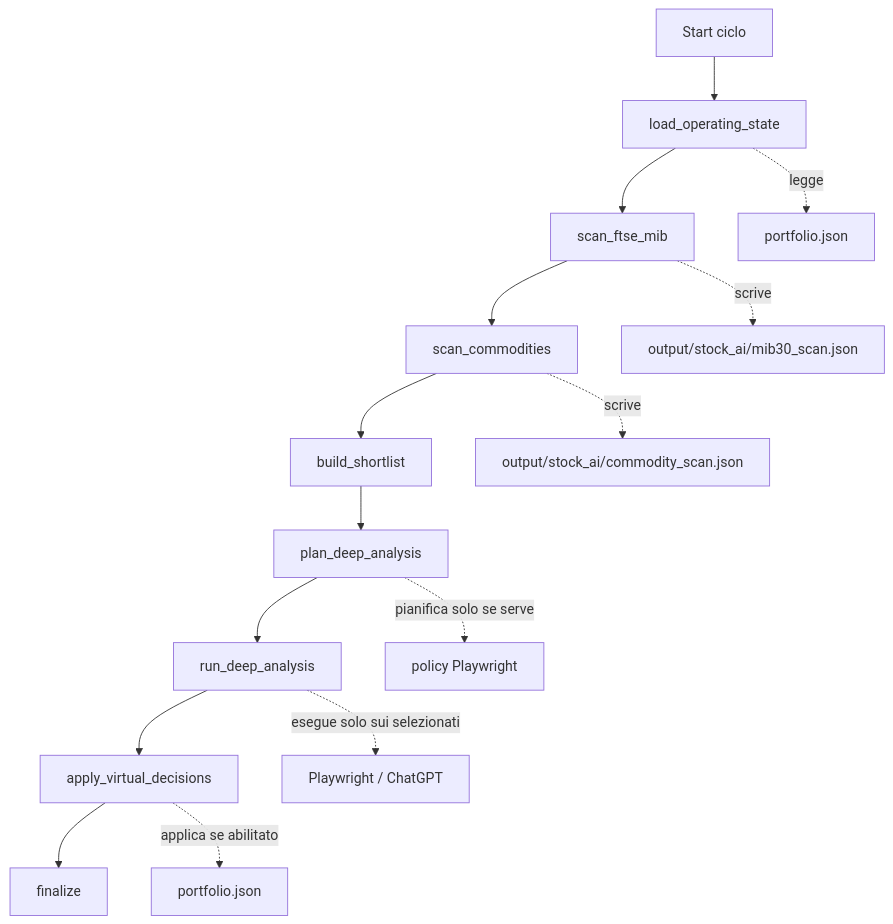
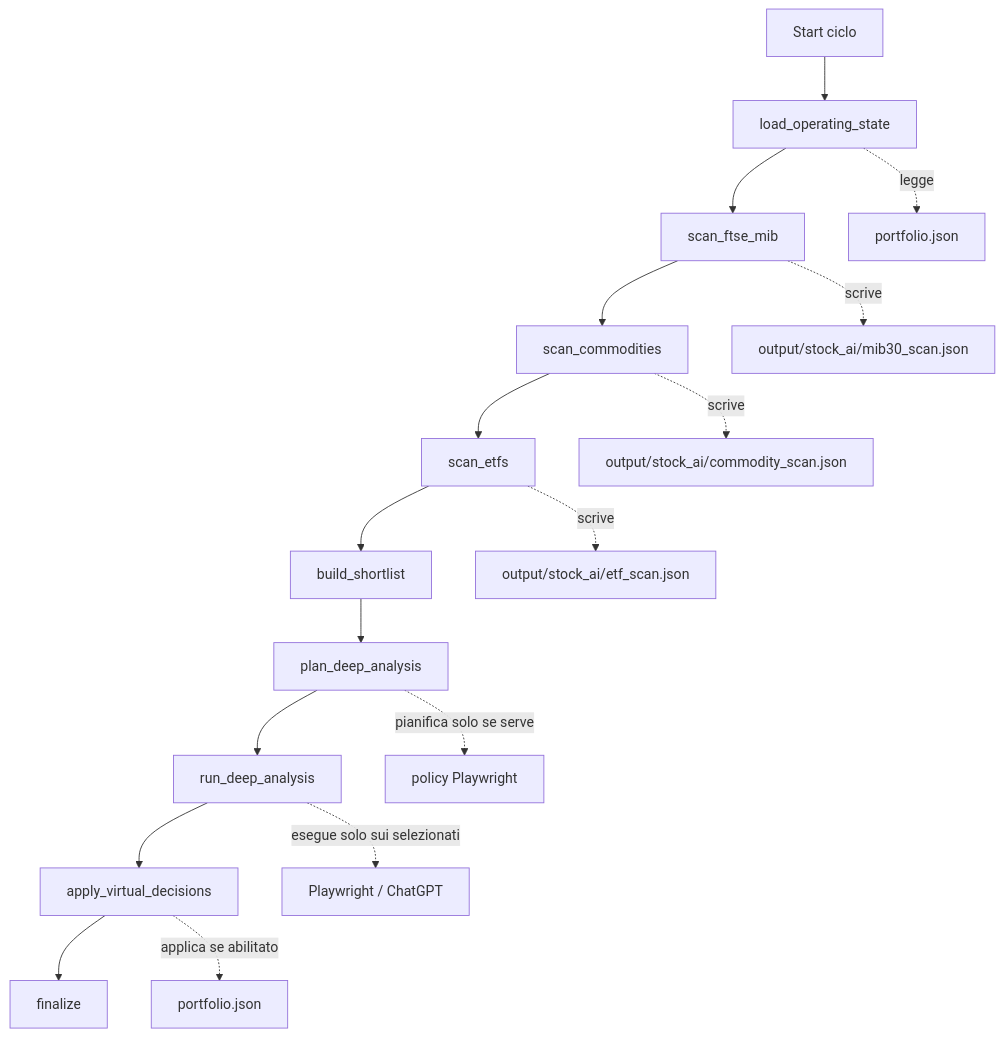
One commit to martale1/TradingWatchAgent changed the first of 3 diagrams in README.md. Above: the diagram before and after it, drawn with Mermaid. The commit also changed other lines of this file and 30 other files, not shown here.

````diff
--- a/README.md
+++ b/README.md
@@ -64,18 +65,20 @@
 ```mermaid
 flowchart TD
     A["Start ciclo"] --> B["load_operating_state"]
     B --> C["scan_ftse_mib"]
     C --> D["scan_commodities"]
-    D --> E["build_shortlist"]
-    E --> F["plan_deep_analysis"]
-    F --> G["run_deep_analysis"]
-    G --> H["apply_virtual_decisions"]
-    H --> I["finalize"]
+    D --> E["scan_etfs"]
+    E --> F["build_shortlist"]
+    F --> G["plan_deep_analysis"]
+    G --> H["run_deep_analysis"]
+    H --> I["apply_virtual_decisions"]
+    I --> J["finalize"]
 
     B -. legge .-> B1["portfolio.json"]
     C -. scrive .-> C1["output/stock_ai/mib30_scan.json"]
     D -. scrive .-> D1["output/stock_ai/commodity_scan.json"]
-    F -. pianifica solo se serve .-> F1["policy Playwright"]
-    G -. esegue solo sui selezionati .-> G1["Playwright / ChatGPT"]
-    H -. applica se abilitato .-> H1["portfolio.json"]
+    E -. scrive .-> E1["output/stock_ai/etf_scan.json"]
+    G -. pianifica solo se serve .-> G1["policy Playwright"]
+    H -. esegue solo sui selezionati .-> H1["Playwright / ChatGPT"]
+    I -. applica se abilitato .-> I1["portfolio.json"]
 ```
````
